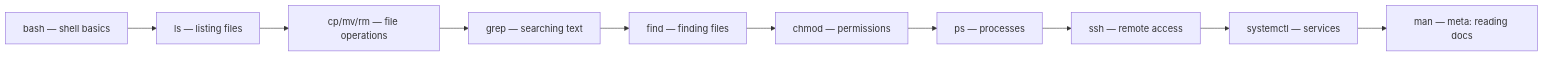
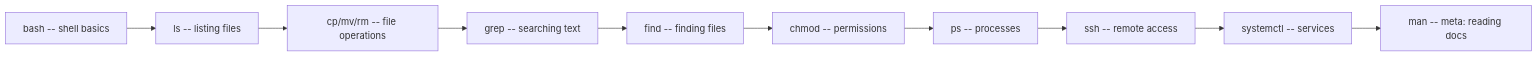
One commit to Abhinav-Kumar012/lb2 changed the second of 2 diagrams in src/reference/man-pages.md. Above: the diagram before and after it, drawn with Mermaid. The commit also changed 211 other files, not shown here.

First line of the commit message:
fix: mermaid syntax issues across 212 files

````diff
--- a/src/reference/man-pages.md
+++ b/src/reference/man-pages.md
@@ -656,12 +656,12 @@
 ```mermaid
 graph LR
-    A[bash — shell basics] --> B[ls — listing files]
-    B --> C[cp/mv/rm — file operations]
-    C --> D[grep — searching text]
-    D --> E[find — finding files]
-    E --> F[chmod — permissions]
-    F --> G[ps — processes]
-    G --> H[ssh — remote access]
-    H --> I[systemctl — services]
-    I --> J[man — meta: reading docs]
+    A[bash -- shell basics] --> B[ls -- listing files]
+    B --> C[cp/mv/rm -- file operations]
+    C --> D[grep -- searching text]
+    D --> E[find -- finding files]
+    E --> F[chmod -- permissions]
+    F --> G[ps -- processes]
+    G --> H[ssh -- remote access]
+    H --> I[systemctl -- services]
+    I --> J[man -- meta: reading docs]
 ```
````
